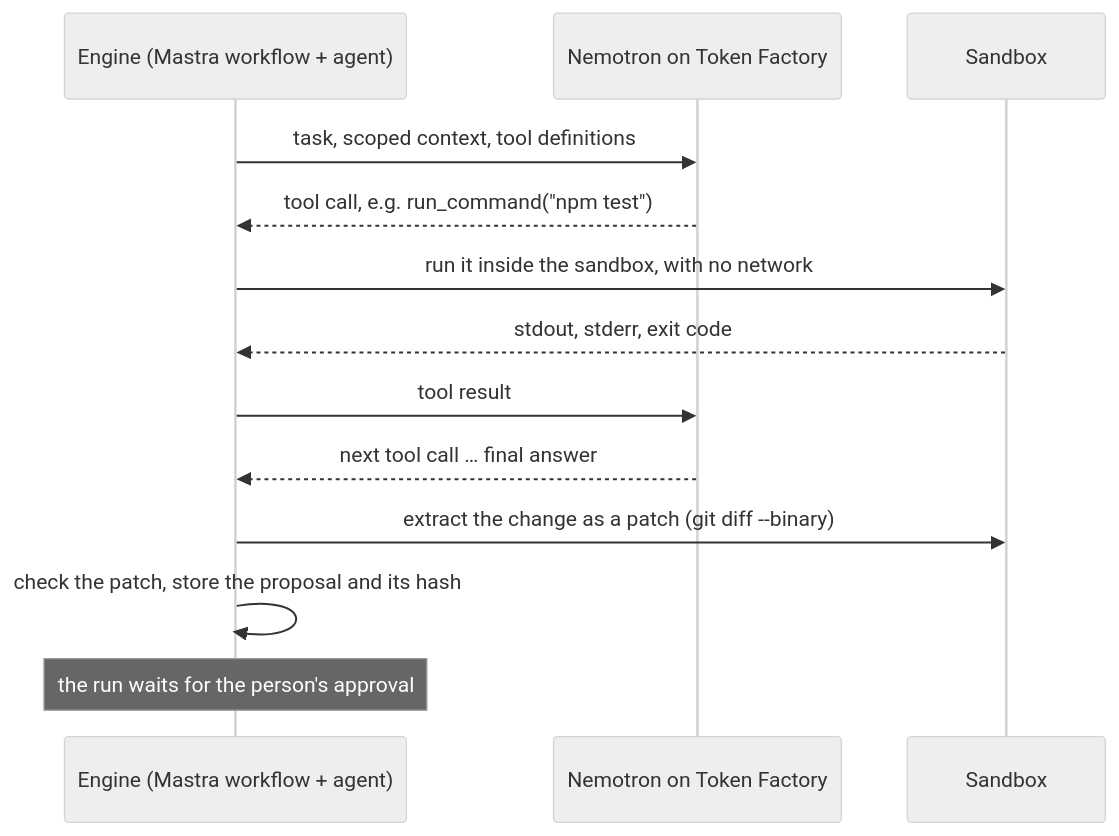
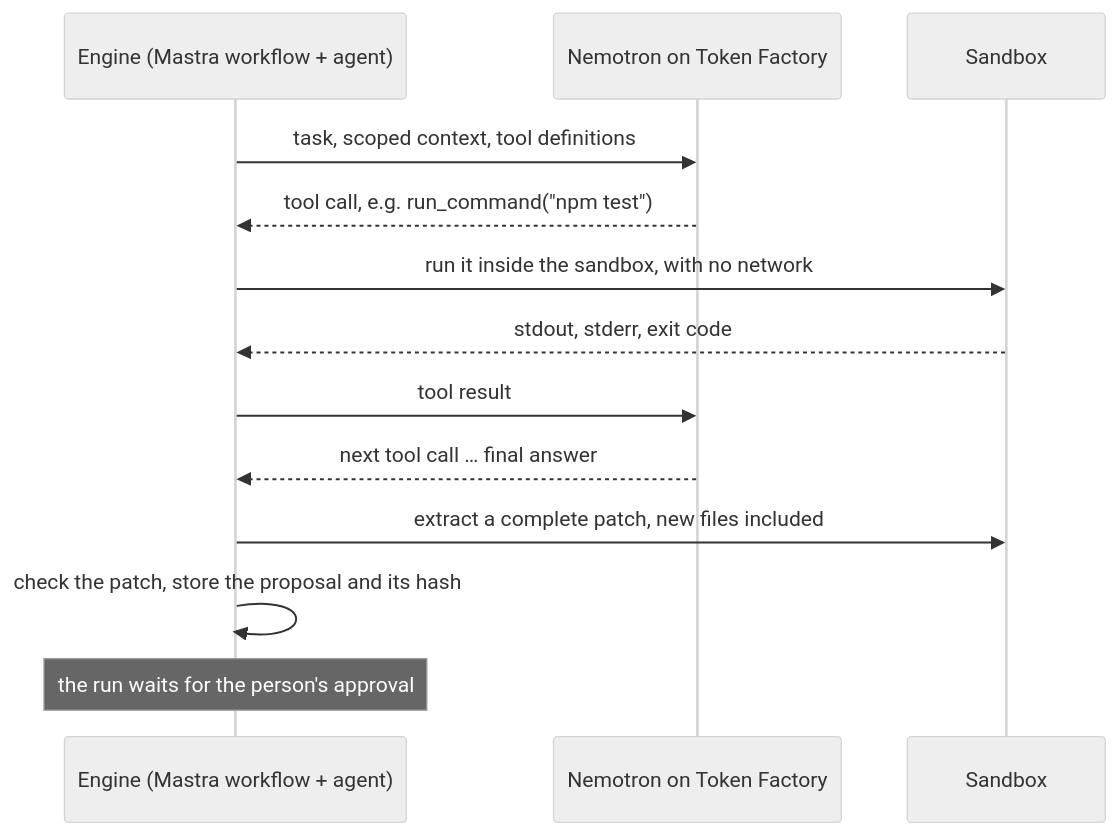
One commit to xXValhallaCoderXx/nivra-orchestrator changed the third of 4 diagrams in system-architecture.md. Above: the diagram before and after it, drawn with Mermaid (neutral theme). The commit also changed other lines of this file and 38 other files, not shown here.

````diff
--- a/system-architecture.md
+++ b/system-architecture.md
@@ -429,15 +457,15 @@
 ```mermaid
 sequenceDiagram
   participant E as Engine (Mastra workflow + agent)
   participant M as Nemotron on Token Factory
   participant S as Sandbox
   E->>M: task, scoped context, tool definitions
   M-->>E: tool call, e.g. run_command("npm test")
   E->>S: run it inside the sandbox, with no network
   S-->>E: stdout, stderr, exit code
   E->>M: tool result
   M-->>E: next tool call … final answer
-  E->>S: extract the change as a patch (git diff --binary)
+  E->>S: extract a complete patch, new files included
   E->>E: check the patch, store the proposal and its hash
   Note over E: the run waits for the person's approval
 ```
````
